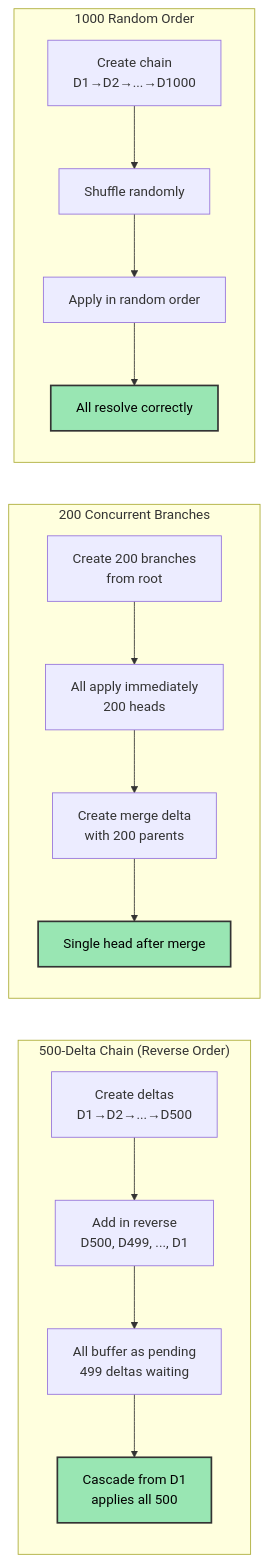
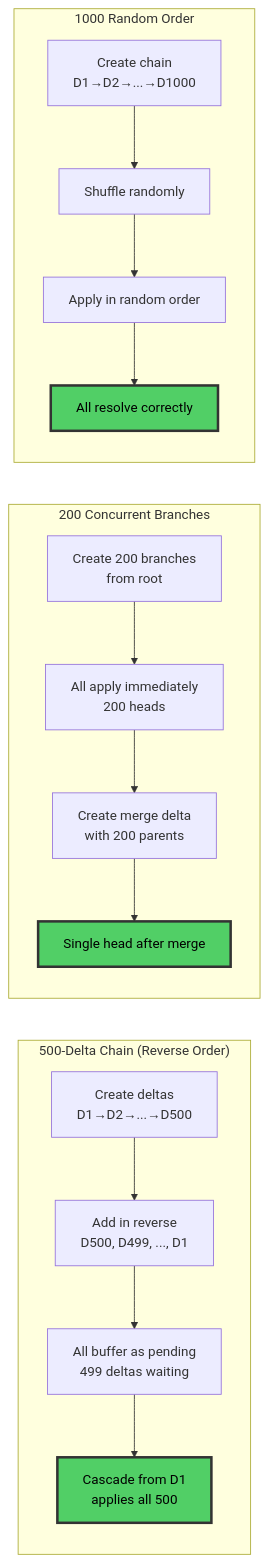
Before and after one commit to calimero-network/core: the seventh of 7 diagrams in crates/dag/README.md, drawn with Mermaid. The commit also changed other lines of this file and 3 other files, not shown here.

First line of the commit message:
docs: improve mermaid diagram accessibility with high-contrast colors

````diff
--- a/crates/dag/README.md
+++ b/crates/dag/README.md
@@ -508,33 +508,33 @@
 ```mermaid
 flowchart LR
     subgraph "500-Delta Chain (Reverse Order)"
         S1[Create deltas<br/>D1→D2→...→D500]
         S2[Add in reverse<br/>D500, D499, ..., D1]
         S3[All buffer as pending<br/>499 deltas waiting]
         S4[Cascade from D1<br/>applies all 500]
         
         S1 --> S2 --> S3 --> S4
     end
     
     subgraph "200 Concurrent Branches"
         C1[Create 200 branches<br/>from root]
         C2[All apply immediately<br/>200 heads]
         C3[Create merge delta<br/>with 200 parents]
         C4[Single head after merge]
         
         C1 --> C2 --> C3 --> C4
     end
     
     subgraph "1000 Random Order"
         R1[Create chain<br/>D1→D2→...→D1000]
         R2[Shuffle randomly]
         R3[Apply in random order]
         R4[All resolve correctly]
         
         R1 --> R2 --> R3 --> R4
     end
     
-    style S4 fill:#99e6b3,stroke:#333,stroke-width:2px,color:#000
-    style C4 fill:#99e6b3,stroke:#333,stroke-width:2px,color:#000
-    style R4 fill:#99e6b3,stroke:#333,stroke-width:2px,color:#000
+    style S4 fill:#51CF66,stroke:#333,stroke-width:3px,color:#000
+    style C4 fill:#51CF66,stroke:#333,stroke-width:3px,color:#000
+    style R4 fill:#51CF66,stroke:#333,stroke-width:3px,color:#000
 ```
````
